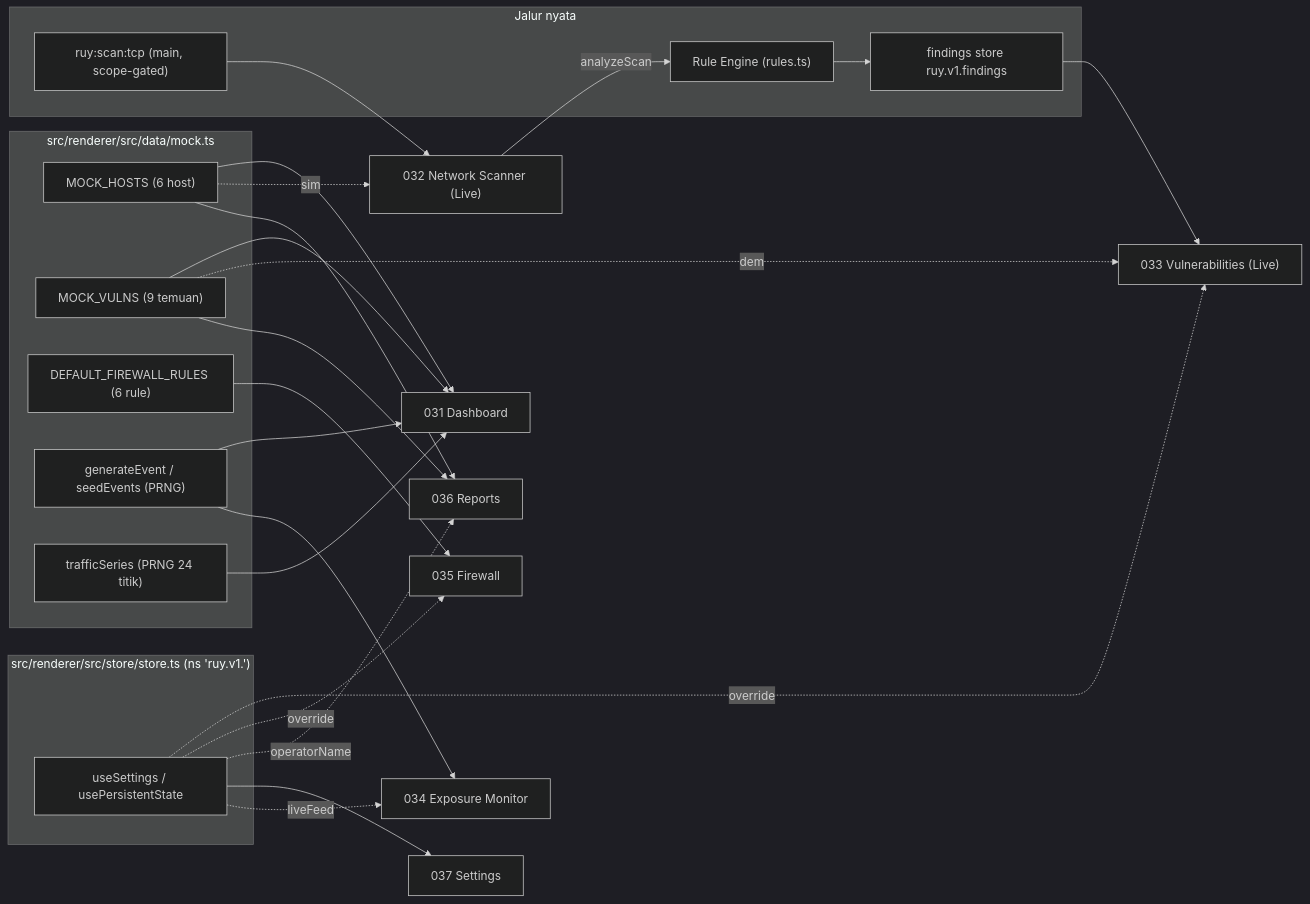
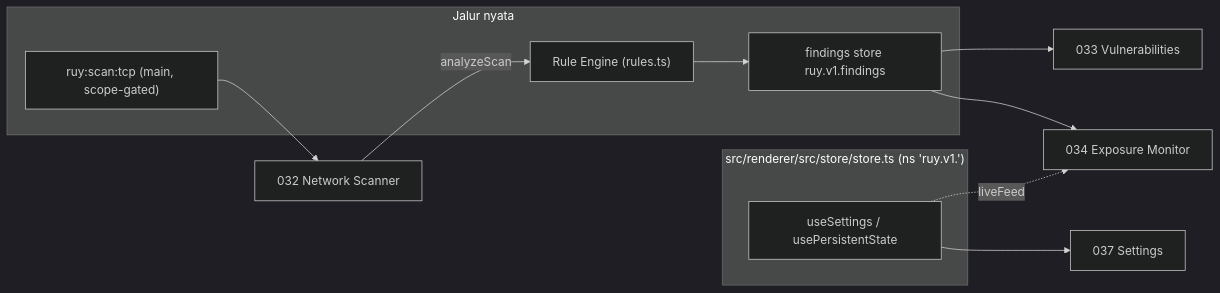
Before and after one commit to AlatBekam/Interu: the diagram in docs/030_operations.md, drawn with Mermaid (dark theme). The commit also changed other lines of this file and 23 other files, not shown here.

````diff
--- a/docs/030_operations.md
+++ b/docs/030_operations.md
@@ -29,42 +26,21 @@
 ```mermaid
 flowchart LR
-  subgraph data["src/renderer/src/data/mock.ts"]
-    H["MOCK_HOSTS (6 host)"]
-    V["MOCK_VULNS (9 temuan)"]
-    FW["DEFAULT_FIREWALL_RULES (6 rule)"]
-    GEN["generateEvent / seedEvents (PRNG)"]
-    TR["trafficSeries (PRNG 24 titik)"]
-  end
-
   subgraph real["Jalur nyata"]
     IPC["ruy:scan:tcp (main, scope-gated)"]
     RE["Rule Engine (rules.ts)"]
     FS["findings store ruy.v1.findings"]
   end
 
-  H --> DASH["031 Dashboard"]
-  V --> DASH
-  GEN --> DASH
-  TR --> DASH
-
-  IPC --> SCAN["032 Network Scanner (Live)"]
-  H -.sim.-> SCAN
+  IPC --> SCAN["032 Network Scanner"]
   SCAN -- "analyzeScan" --> RE
   RE --> FS
-  FS --> VULN["033 Vulnerabilities (Live)"]
-  V -.demo.-> VULN
-  GEN --> THR["034 Exposure Monitor"]
-  FW --> FWP["035 Firewall"]
-  H --> REP["036 Reports"]
-  V --> REP
+  FS --> VULN["033 Vulnerabilities"]
+  FS --> THR["034 Exposure Monitor"]
 
   subgraph store["src/renderer/src/store/store.ts (ns 'ruy.v1.')"]
     ST["useSettings / usePersistentState"]
   end
 
-  ST -.override.-> VULN
-  ST -.override.-> FWP
-  ST -.operatorName.-> REP
   ST --> SET["037 Settings"]
   ST -.liveFeed.-> THR
 ```
````
